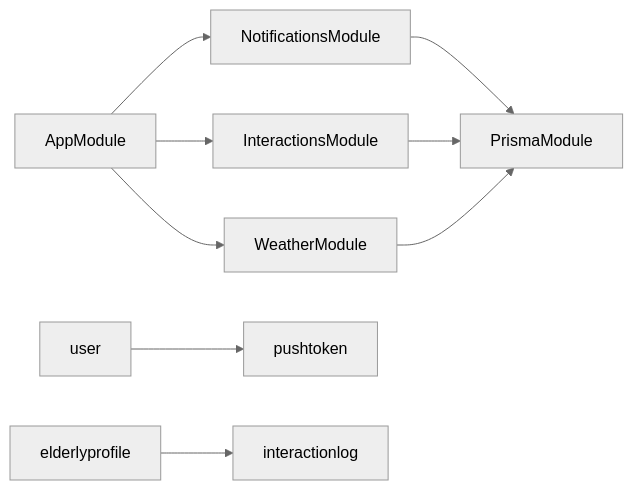
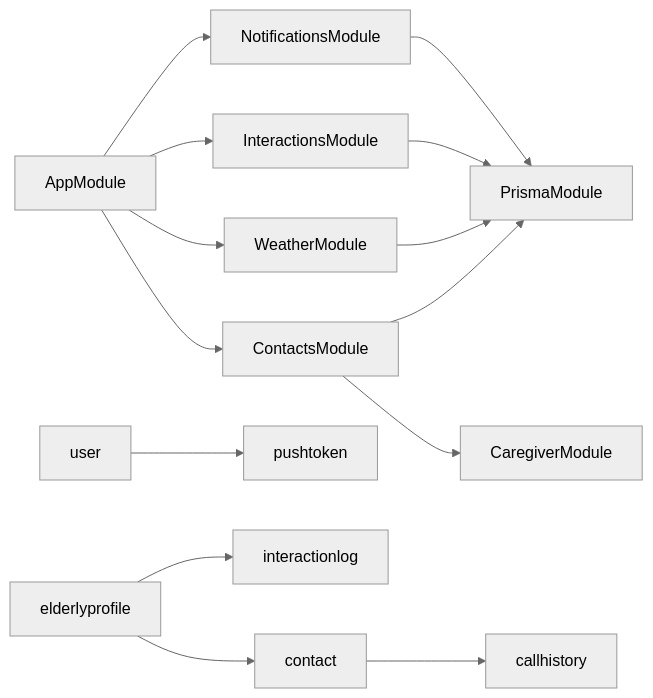
Before and after one commit to jairosouza67/99-Pai: the ninth of 9 diagrams in .qoder/repowiki/en/content/Communication Systems.md, drawn with Mermaid (neutral theme). The commit also changed other lines of this file and 17 other files, not shown here.

````diff
--- a/.qoder/repowiki/en/content/Communication Systems.md
+++ b/.qoder/repowiki/en/content/Communication Systems.md
@@ -268,11 +480,16 @@
 ```mermaid
 graph LR
 APP["AppModule"] --> NM["NotificationsModule"]
 APP --> IM["InteractionsModule"]
 APP --> WM["WeatherModule"]
+APP --> CM["ContactsModule"]
 NM --> PM["PrismaModule"]
 IM --> PM
 WM --> PM
+CM --> PM
+CM --> CAREG["CaregiverModule"]
 U["user"] --> PT["pushtoken"]
 EP["elderlyprofile"] --> IL["interactionlog"]
+EP --> CT["contact"]
+CT --> CH["callhistory"]
 ```
````
